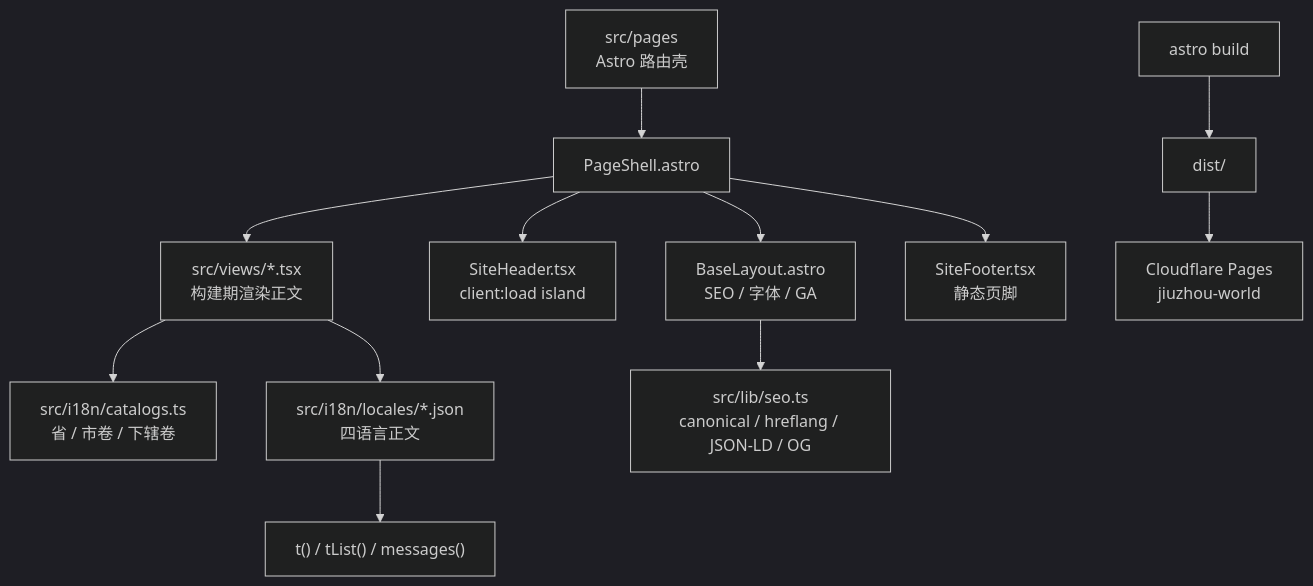
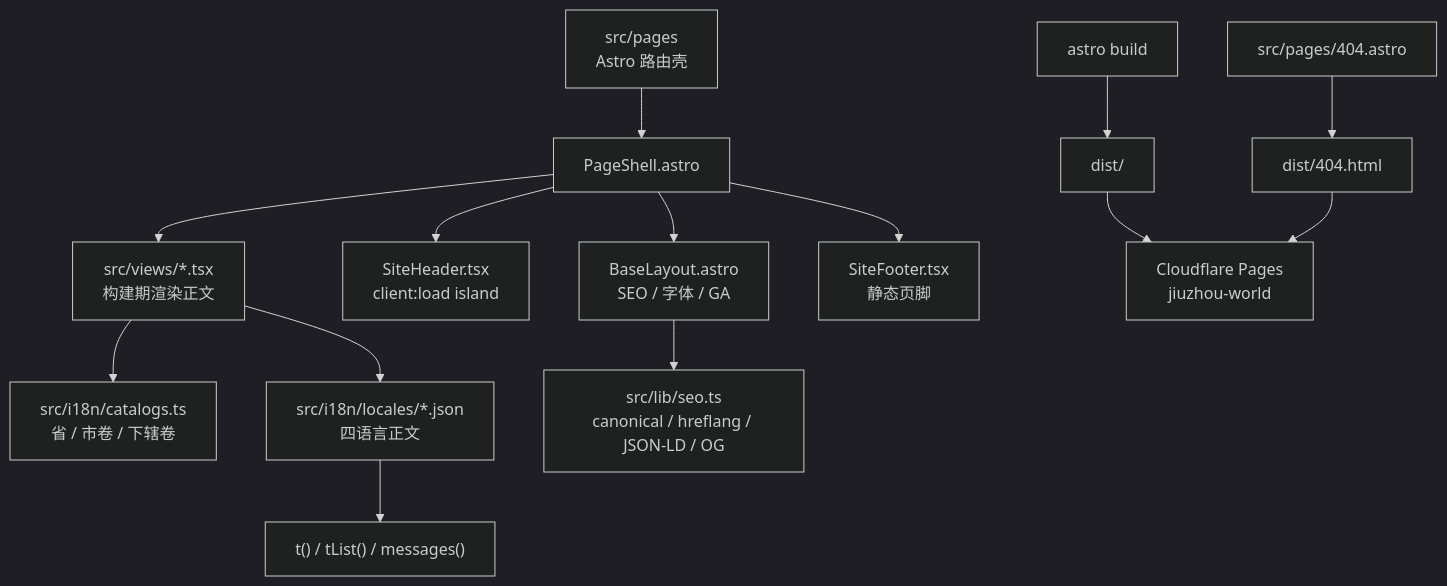
Before and after one commit to robinv8/jiuzhou-world: the first of 2 diagrams in brain/architecture.md, drawn with Mermaid (dark theme). The commit also changed other lines of this file and 8 other files, not shown here.

````diff
--- a/brain/architecture.md
+++ b/brain/architecture.md
@@ -14,14 +14,16 @@
 ```mermaid
 graph TD
   Pages["src/pages\nAstro 路由壳"] --> Shell["PageShell.astro"]
   Shell --> Layout["BaseLayout.astro\nSEO / 字体 / GA"]
   Shell --> Header["SiteHeader.tsx\nclient:load island"]
   Shell --> Views["src/views/*.tsx\n构建期渲染正文"]
   Shell --> Footer["SiteFooter.tsx\n静态页脚"]
   Views --> Catalogs["src/i18n/catalogs.ts\n省 / 市卷 / 下辖卷"]
   Views --> Messages["src/i18n/locales/*.json\n四语言正文"]
   Messages --> T["t() / tList() / messages()"]
   Layout --> SEO["src/lib/seo.ts\ncanonical / hreflang / JSON-LD / OG"]
   Build["astro build"] --> Dist["dist/"]
   Dist --> CF["Cloudflare Pages\njiuzhou-world"]
+  NotFound["src/pages/404.astro"] --> Dist404["dist/404.html"]
+  Dist404 --> CF
 ```
````
